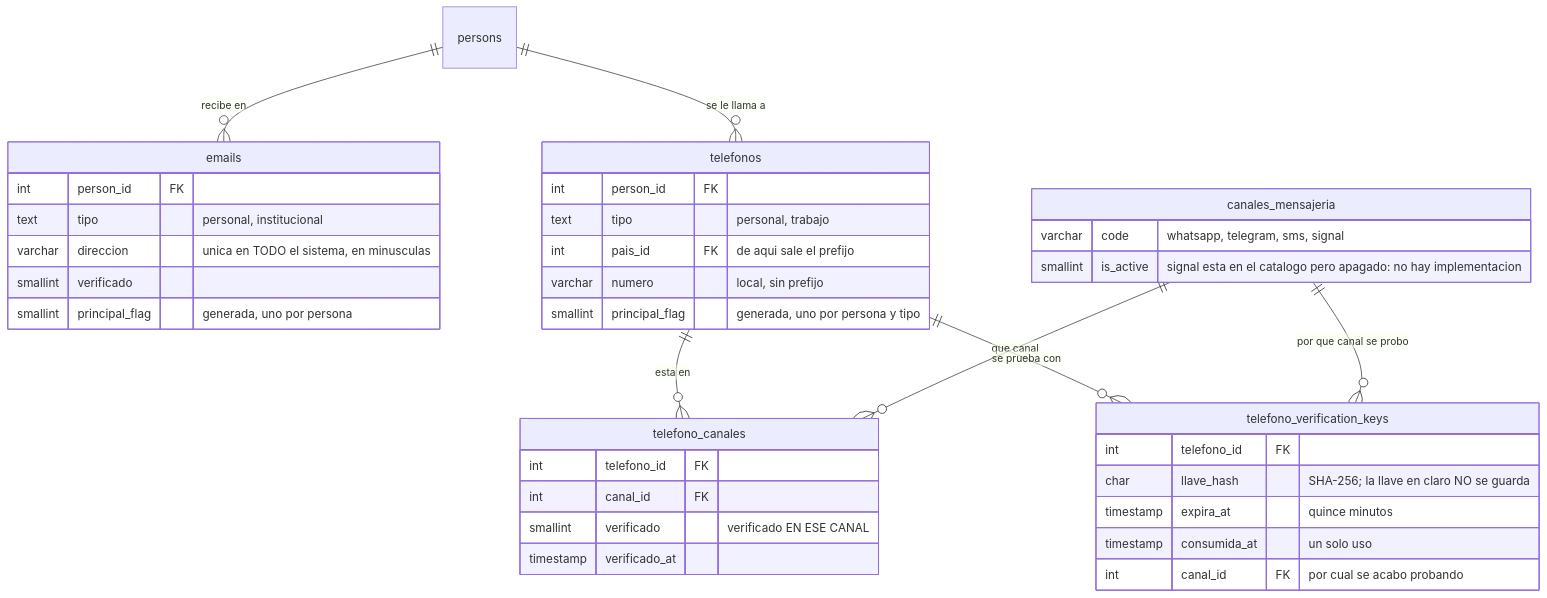
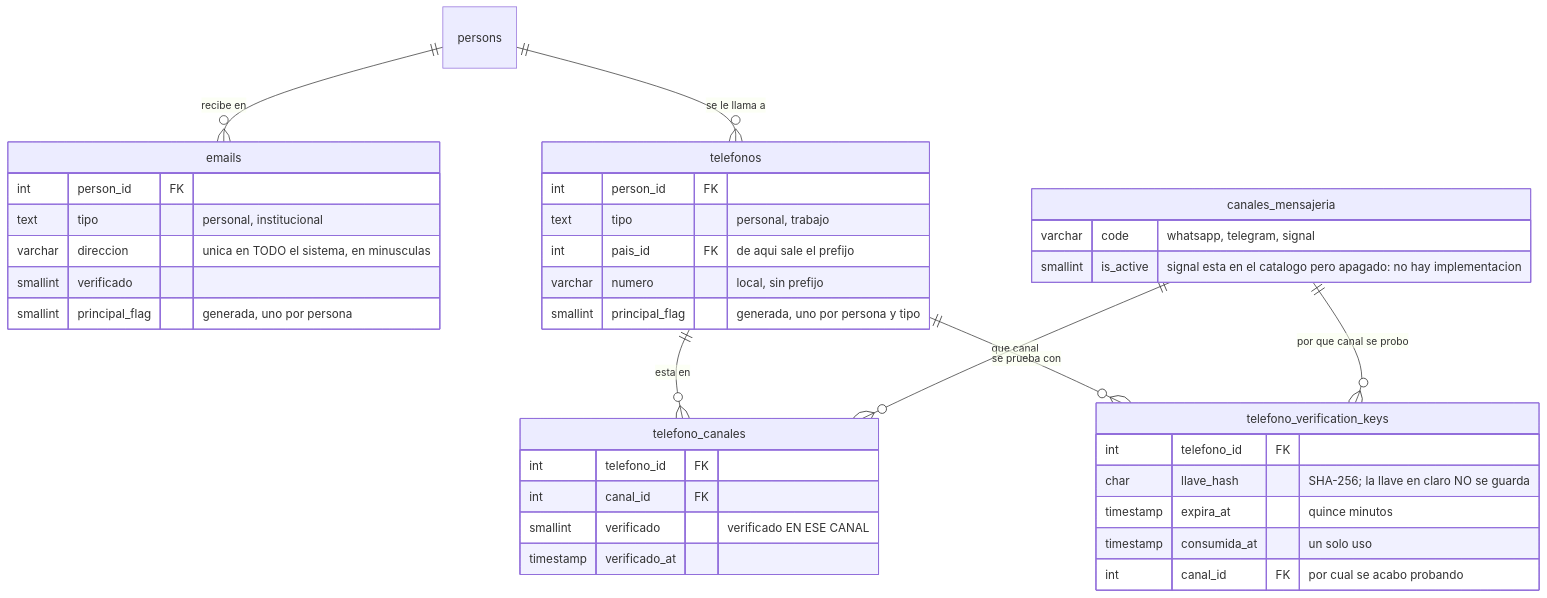
One commit to fresvel/deasy changed the second of 4 diagrams in docs/src/content/docs/modelo/organizacion.md. Above: the diagram before and after it, drawn with Mermaid. The commit also changed other lines of this file and 34 other files, not shown here.

````diff
--- a/docs/src/content/docs/modelo/organizacion.md
+++ b/docs/src/content/docs/modelo/organizacion.md
@@ -206,41 +206,41 @@
 ```mermaid
 erDiagram
   persons ||--o{ emails : "recibe en"
   persons ||--o{ telefonos : "se le llama a"
   telefonos ||--o{ telefono_canales : "esta en"
   canales_mensajeria ||--o{ telefono_canales : "que canal"
   telefonos ||--o{ telefono_verification_keys : "se prueba con"
   canales_mensajeria ||--o{ telefono_verification_keys : "por que canal se probo"
 
   emails {
     int person_id FK
     text tipo "personal, institucional"
     varchar direccion "unica en TODO el sistema, en minusculas"
     smallint verificado
     smallint principal_flag "generada, uno por persona"
   }
   telefonos {
     int person_id FK
     text tipo "personal, trabajo"
     int pais_id FK "de aqui sale el prefijo"
     varchar numero "local, sin prefijo"
     smallint principal_flag "generada, uno por persona y tipo"
   }
   telefono_canales {
     int telefono_id FK
     int canal_id FK
     smallint verificado "verificado EN ESE CANAL"
     timestamp verificado_at
   }
   canales_mensajeria {
-    varchar code "whatsapp, telegram, sms, signal"
+    varchar code "whatsapp, telegram, signal"
     smallint is_active "signal esta en el catalogo pero apagado: no hay implementacion"
   }
   telefono_verification_keys {
     int telefono_id FK
     char llave_hash "SHA-256; la llave en claro NO se guarda"
     timestamp expira_at "quince minutos"
     timestamp consumida_at "un solo uso"
     int canal_id FK "por cual se acabo probando"
   }
 ```
````
